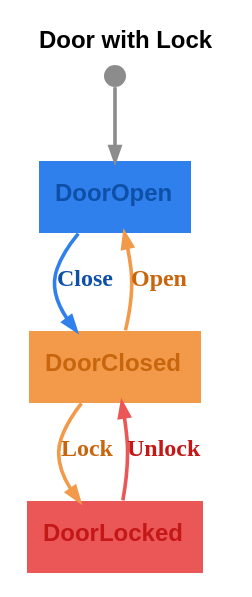
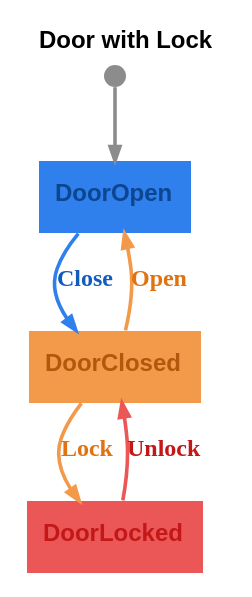
The diagram in graphs/door-with-lock.dot (m-bock/purescript-transit), drawn with Graphviz before and after one commit. The commit also changed 18 other files, not shown here.

```diff
--- a/graphs/door-with-lock.dot
+++ b/graphs/door-with-lock.dot
@@ -1,13 +1,13 @@
 digraph 
 {
-rankdir = "TD";fontname = "Arial";label = <<b>Door with Lock</b>>;labelloc = "t";fontsize = 12
-DoorOpen [shape = "box", label = <<b>DoorOpen</b>>, fontsize = 12, style = "filled", fillcolor = "#2f80ed", fontcolor = "#0e50a8", fontname = "Arial", labelloc = "c", penwidth = 0.0]
+rankdir = "TD";fontname = "Arial";label = <<b>Door with Lock</b>>;labelloc = "t";fontsize = 12;bgcolor = "#ffffff"
+DoorOpen [shape = "box", label = <<b>DoorOpen</b>>, fontsize = 12, style = "filled", fillcolor = "#2f80ed", fontcolor = "#0c4590", fontname = "Arial", labelloc = "c", penwidth = 0.0]
 __Start__ [shape = "circle", label = "", width = 0.15, height = 0.15, fixedsize = true, style = "filled", fillcolor = "#8c8c8c", penwidth = 0.0]
 __Start__ -> DoorOpen [color = "#8c8c8c", fontsize = 12, arrowsize = "0.7", penwidth = 1.8]
-DoorOpen -> DoorClosed [color = "#2f80ed", fontcolor = "#0e50a8", fontsize = 12, arrowsize = "0.7", label = <<b>Close</b>>, penwidth = 1.8]
-DoorClosed [shape = "box", label = <<b>DoorClosed</b>>, fontsize = 12, style = "filled", fillcolor = "#f2994a", fontcolor = "#c8660e", fontname = "Arial", labelloc = "c", penwidth = 0.0]
-DoorClosed -> DoorOpen [color = "#f2994a", fontcolor = "#c8660e", fontsize = 12, arrowsize = "0.7", label = <<b>Open</b>>, penwidth = 1.8]
-DoorClosed -> DoorLocked [color = "#f2994a", fontcolor = "#c8660e", fontsize = 12, arrowsize = "0.7", label = <<b>Lock</b>>, penwidth = 1.8]
+DoorOpen -> DoorClosed [color = "#2f80ed", fontcolor = "#115bbf", fontsize = 12, arrowsize = "0.7", label = <<b>Close</b>>, penwidth = 1.8]
+DoorClosed [shape = "box", label = <<b>DoorClosed</b>>, fontsize = 12, style = "filled", fillcolor = "#f2994a", fontcolor = "#b0590d", fontname = "Arial", labelloc = "c", penwidth = 0.0]
+DoorClosed -> DoorOpen [color = "#f2994a", fontcolor = "#e07210", fontsize = 12, arrowsize = "0.7", label = <<b>Open</b>>, penwidth = 1.8]
+DoorClosed -> DoorLocked [color = "#f2994a", fontcolor = "#e07210", fontsize = 12, arrowsize = "0.7", label = <<b>Lock</b>>, penwidth = 1.8]
 DoorLocked [shape = "box", label = <<b>DoorLocked</b>>, fontsize = 12, style = "filled", fillcolor = "#eb5757", fontcolor = "#c41717", fontname = "Arial", labelloc = "c", penwidth = 0.0]
 DoorLocked -> DoorClosed [color = "#eb5757", fontcolor = "#c41717", fontsize = 12, arrowsize = "0.7", label = <<b>Unlock</b>>, penwidth = 1.8]
 }
```
